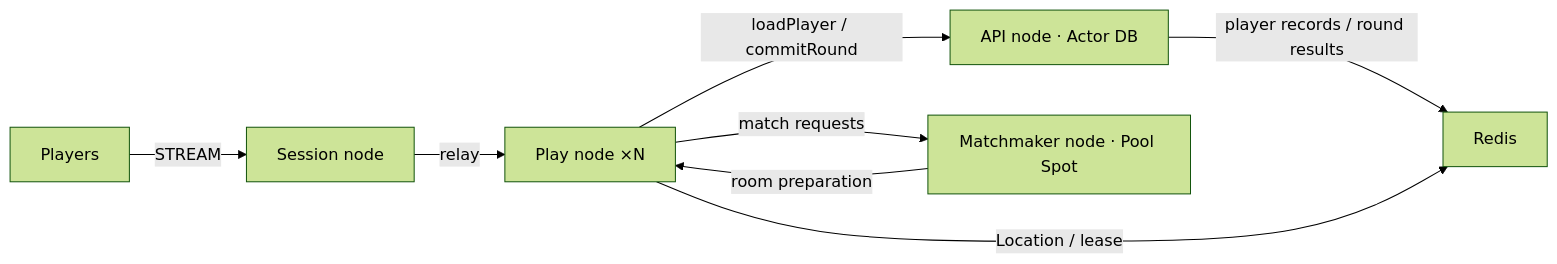
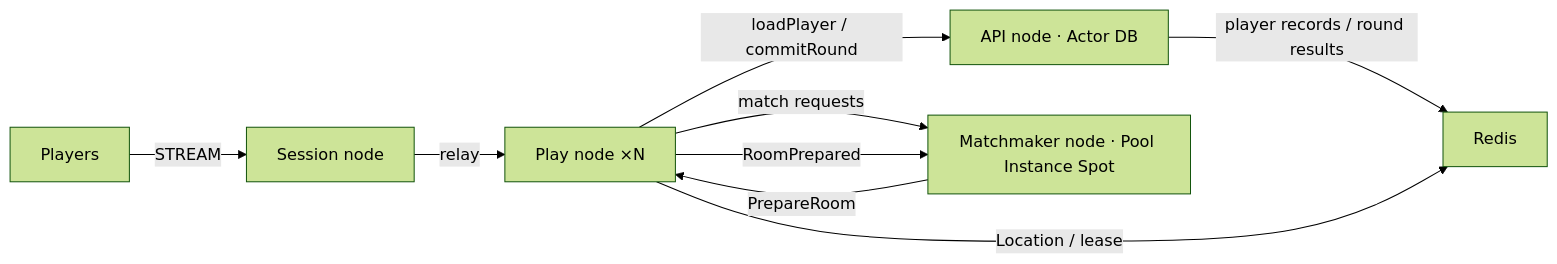
One commit to zlink-systems/zlink changed the diagram in framework/languages/java/templates/java/board-tables/my-game/README.ko.md. Above: the diagram before and after it, drawn with Mermaid (forest theme). The commit also changed other lines of this file and 12 other files, not shown here.

Commit message:
feat(templates): Java board Pool을 Instance Spot으로, 방 생성은 yield·준비 결과는 RoomPrepared 메시지로 (#5350)

````diff
--- a/framework/languages/java/templates/java/board-tables/my-game/README.ko.md
+++ b/framework/languages/java/templates/java/board-tables/my-game/README.ko.md
@@ -7,10 +7,11 @@
 ```mermaid
 flowchart LR
   players[Players] -->|STREAM| session[Session node]
   session -->|relay| tables[Play node ×N]
   tables -->|loadPlayer / commitRound| api[API node · Actor DB]
   api -->|player records / round results| location
-  tables -->|match requests| matchmaker[Matchmaker node · Pool Spot]
-  matchmaker -->|room preparation| tables
+  tables -->|match requests| matchmaker[Matchmaker node · Pool Instance Spot]
+  matchmaker -->|PrepareRoom| tables
+  tables -->|RoomPrepared| matchmaker
   tables -->|Location / lease| location[Redis]
 ```
````
